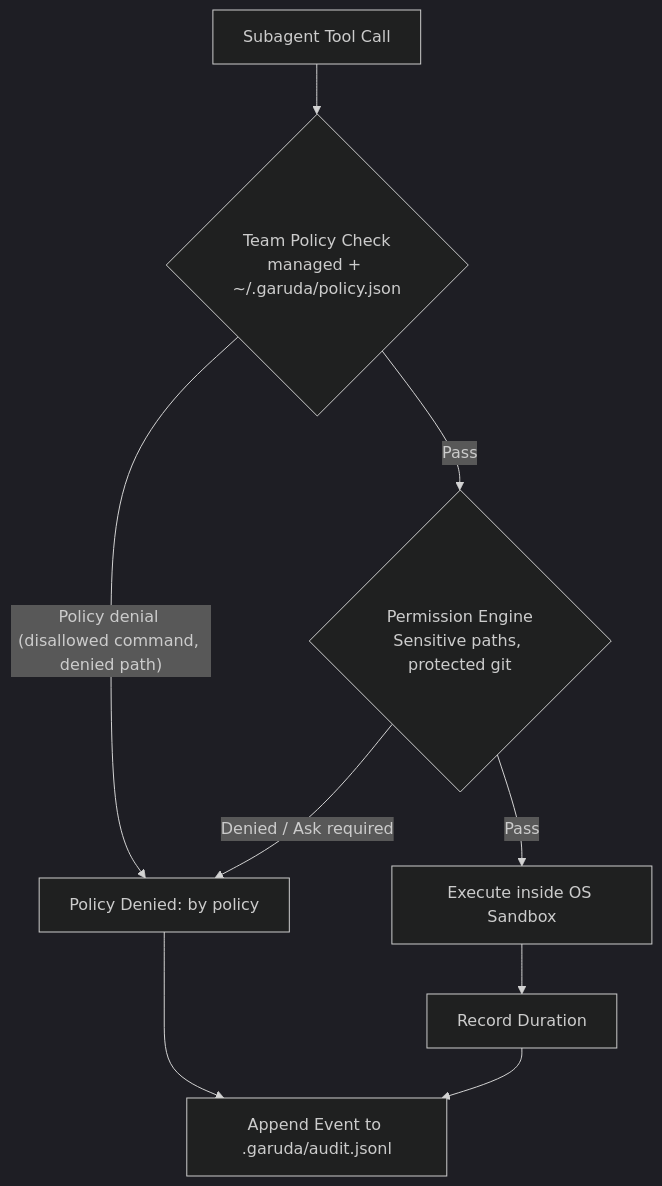
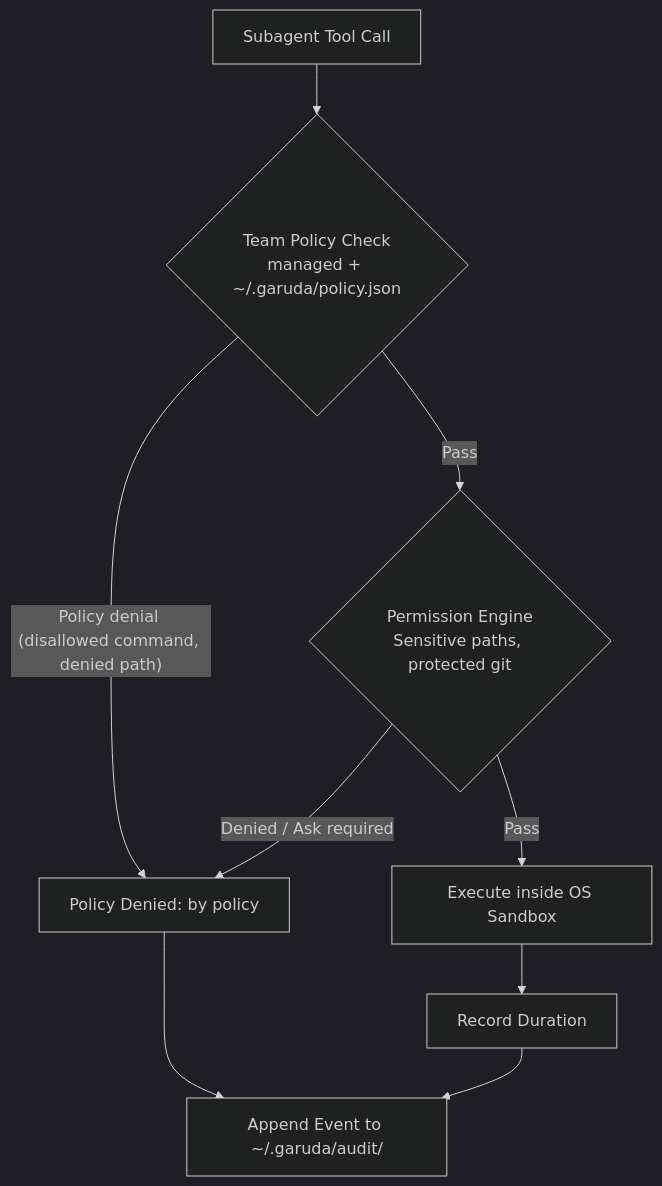
One commit to madhu-sv/garuda changed the fifth of 5 diagrams in docs/lld/agents.md. Above: the diagram before and after it, drawn with Mermaid (dark theme). The commit also changed other lines of this file and 12 other files, not shown here.

````diff
--- a/docs/lld/agents.md
+++ b/docs/lld/agents.md
@@ -294,11 +294,11 @@
 ```mermaid
 flowchart TD
   ChildCall[Subagent Tool Call] --> Step0{Team Policy Check<br/>managed + ~/.garuda/policy.json}
   Step0 -- "Policy denial (disallowed command, denied path)" --> Reject[Policy Denied: by policy]
   Step0 -- "Pass" --> Perms{Permission Engine<br/>Sensitive paths, protected git}
   Perms -- "Denied / Ask required" --> Reject
   Perms -- "Pass" --> Sandbox[Execute inside OS Sandbox]
   Sandbox --> Duration[Record Duration]
-  Duration --> AuditLog[Append Event to .garuda/audit.jsonl]
+  Duration --> AuditLog[Append Event to ~/.garuda/audit/]
   Reject --> AuditLog
 ```
````
